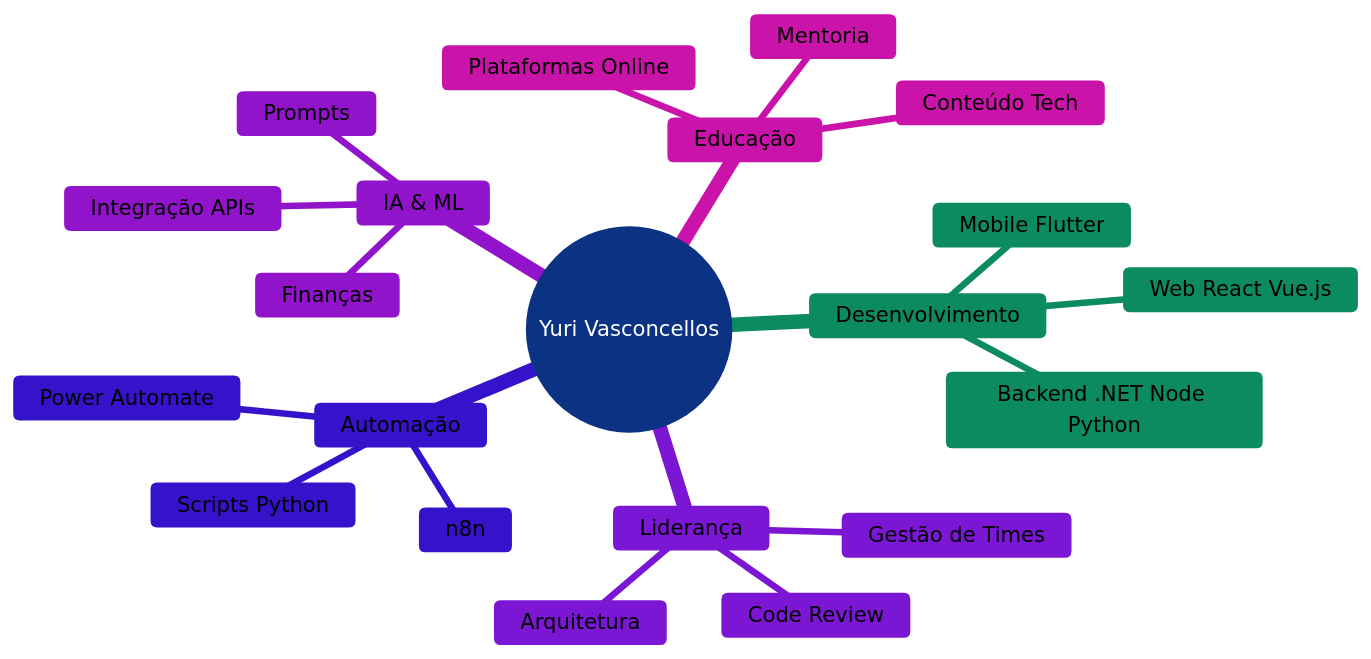
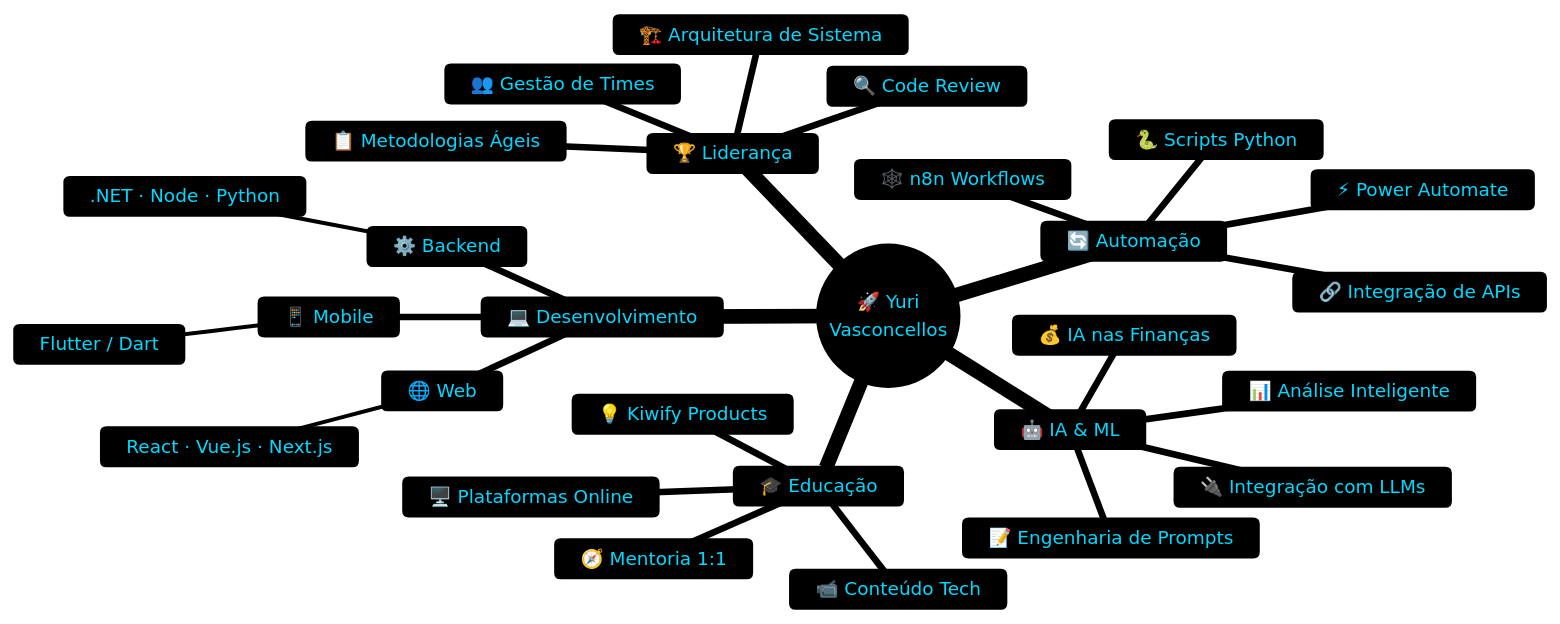
One commit to DevYuriTiago/DevYuriTiago changed the diagram in README.md. Above: the diagram before and after it, drawn with Mermaid. The commit also changed other lines of this file, not shown here.

````diff
--- a/README.md
+++ b/README.md
@@ -188,36 +212,48 @@
 ```mermaid
-%%{init: {'theme': 'forest', 'themeVariables': {
-  'primaryColor': '#2563eb',
-  'primaryBorderColor': '#1d4ed8',
-
-  'secondaryColor': '#10b981',
-  'secondaryBorderColor': '#059669',
-
-  'tertiaryColor': '#9333ea',
-  'tertiaryBorderColor': '#7e22ce',
-
-  'fontSize': '16px'
+%%{init: {'theme': 'base', 'themeVariables': {
+  'primaryColor': '#1a1a2e',
+  'primaryTextColor': '#00d9ff',
+  'primaryBorderColor': '#00d9ff',
+  'secondaryColor': '#16213e',
+  'secondaryTextColor': '#ffffff',
+  'tertiaryColor': '#0f3460',
+  'tertiaryTextColor': '#ffffff',
+  'background': '#0d1117',
+  'mainBkg': '#1a1a2e',
+  'nodeBorder': '#00d9ff',
+  'clusterBkg': '#16213e',
+  'titleColor': '#00d9ff',
+  'edgeLabelBackground': '#1a1a2e',
+  'fontSize': '14px'
 }}}%%
 mindmap
-  root((Yuri Vasconcellos))
-    Desenvolvimento
-      Mobile Flutter
-      Web React Vue.js
-      Backend .NET Node Python
-    Liderança
-      Gestão de Times
-      Arquitetura
-      Code Review
-    Automação
-      n8n
-      Power Automate
-      Scripts Python
-    IA & ML
-      Prompts
-      Integração APIs
-      Finanças
-    Educação
-      Plataformas Online
-      Mentoria
-      Conteúdo Tech
+  root((🚀 Yuri
+  Vasconcellos))
+    💻 Desenvolvimento
+      📱 Mobile
+        Flutter / Dart
+      🌐 Web
+        React · Vue.js · Next.js
+      ⚙️ Backend
+        .NET · Node · Python
+    🏆 Liderança
+      👥 Gestão de Times
+      🏗️ Arquitetura de Sistema
+      🔍 Code Review
+      📋 Metodologias Ágeis
+    🔄 Automação
+      🕸️ n8n Workflows
+      ⚡ Power Automate
+      🐍 Scripts Python
+      🔗 Integração de APIs
+    🤖 IA & ML
+      📝 Engenharia de Prompts
+      💰 IA nas Finanças
+      🔌 Integração com LLMs
+      📊 Análise Inteligente
+    🎓 Educação
+      🖥️ Plataformas Online
+      🧭 Mentoria 1:1
+      📹 Conteúdo Tech
+      💡 Kiwify Products
 ```
````
